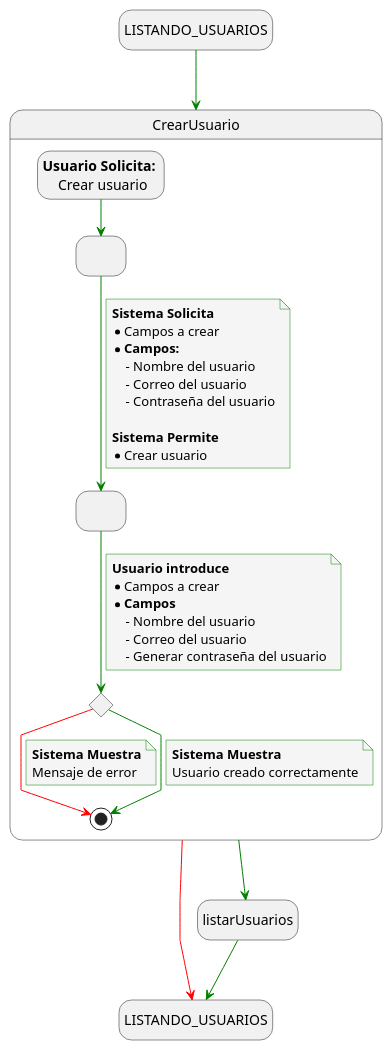
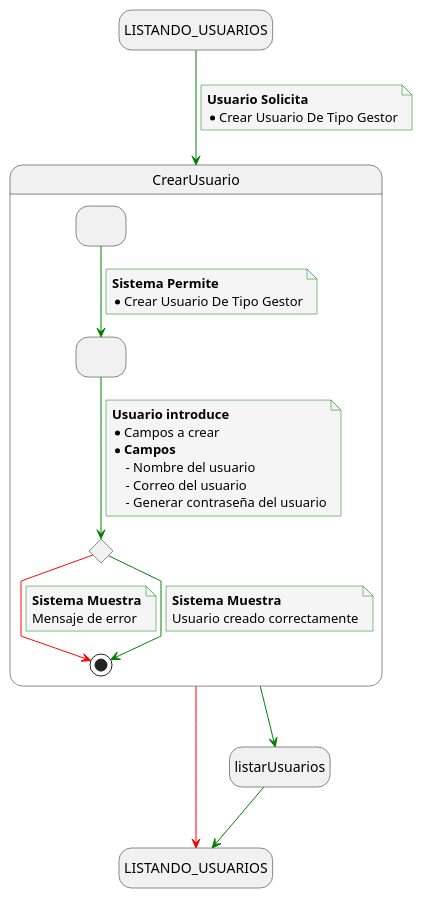
One commit to mmasias/24-25-IdSw1-SDR changed the diagram in docs/casosDeUso/detalladoCasosDeUso/detalladoUsuarios/detalladoCrearUsuarioGestor.puml. Above: the diagram before and after it, drawn with PlantUML. The commit also changed 7 other files, not shown here.

Commit message:
Ajuste detalle de CRUD usuarios tipo gestor

```diff
--- a/docs/casosDeUso/detalladoCasosDeUso/detalladoUsuarios/detalladoCrearUsuarioGestor.puml
+++ b/docs/casosDeUso/detalladoCasosDeUso/detalladoUsuarios/detalladoCrearUsuarioGestor.puml
@@ -1,63 +1,59 @@
 @startuml crear_usuario
 
 skinparam {
   NoteBackgroundColor #whiteSmoke
   ArrowColor #green
   NoteBorderColor #green
   linetype polyline
 }
 
 hide empty description
 
 state startState as "LISTANDO_USUARIOS"
 state endState as "LISTANDO_USUARIOS"
 
 startState --> CrearUsuario
+note on link
+    <b>Usuario Solicita</b>
+    * Crear Usuario De Tipo Gestor
+end note
+
 CrearUsuario --> listarUsuarios
 listarUsuarios --> endState
 CrearUsuario -[#red]> endState
 
 state CrearUsuario {
     state solicitudCrearUsuario as " "
     state envioCrearUsuario as " "
     state revisionCrearUsuario <<choice>>
-    state usuarioSolicita as "<b>Usuario Solicita:</b> \n Crear usuario"
-
-    usuarioSolicita --> solicitudCrearUsuario
+    
     solicitudCrearUsuario --> envioCrearUsuario
     note on link
-        <b>Sistema Solicita</b>
-        * Campos a crear
-        * <b>Campos:</b>
-            - Nombre del usuario
-            - Correo del usuario
-            - Contraseña del usuario
-
         <b>Sistema Permite</b>
-        * Crear usuario
+        * Crear Usuario De Tipo Gestor
     end note
 
     envioCrearUsuario --> revisionCrearUsuario
     note on link
         <b>Usuario introduce</b>
         * Campos a crear
         * <b>Campos</b>
             - Nombre del usuario
             - Correo del usuario
             - Generar contraseña del usuario
     end note
 
     revisionCrearUsuario -[#red]-> [*]
     note on link
         <b>Sistema Muestra</b>
         Mensaje de error
     end note
 
    revisionCrearUsuario --> [*]
     note on link
         <b>Sistema Muestra</b>
         Usuario creado correctamente
     end note
 }
 
 @enduml
```
